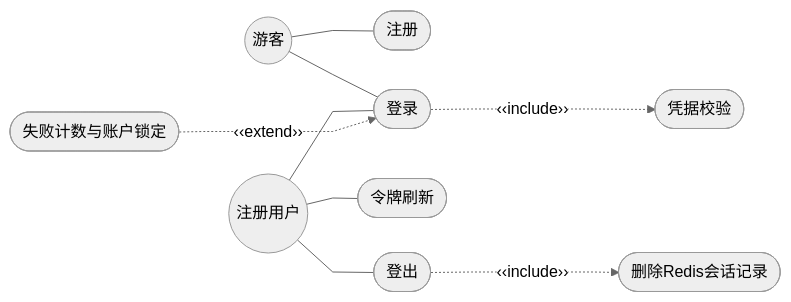
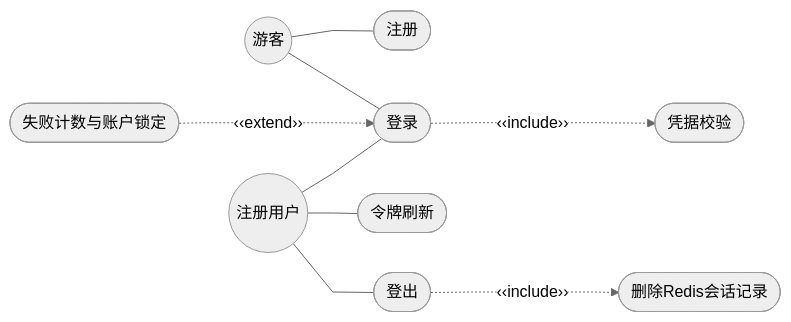
Before and after one commit to Wkjlovec/graduation_project_zhuang: the diagram in docs/diagrams/fig3-2-auth-usecase.mmd, drawn with Mermaid. The commit also changed 5 other files, not shown here.

Commit message:
docs: 修复图3-2/3-3/3-4交叉问题(调整边声明顺序)

```diff
--- a/docs/diagrams/fig3-2-auth-usecase.mmd
+++ b/docs/diagrams/fig3-2-auth-usecase.mmd
@@ -1,10 +1,10 @@
-%%{init: {'theme': 'neutral', 'flowchart': {'curve': 'linear', 'rankSpacing': 50, 'nodeSpacing': 35}}}%%
+%%{init: {'theme': 'neutral', 'flowchart': {'curve': 'linear', 'rankSpacing': 50, 'nodeSpacing': 40}}}%%
 graph LR
     Guest((游客)) --- UC1([注册])
     Guest --- UC2([登录])
+    UC2 -..->|"‹‹include››"| UC5([凭据校验])
+    UC6([失败计数与账户锁定]) -..->|"‹‹extend››"| UC2
     User((注册用户)) --- UC2
     User --- UC3([令牌刷新])
     User --- UC4([登出])
-    UC2 -..->|"‹‹include››"| UC5([凭据校验])
-    UC6([失败计数与账户锁定]) -..->|"‹‹extend››"| UC2
     UC4 -..->|"‹‹include››"| UC7([删除Redis会话记录])
```
